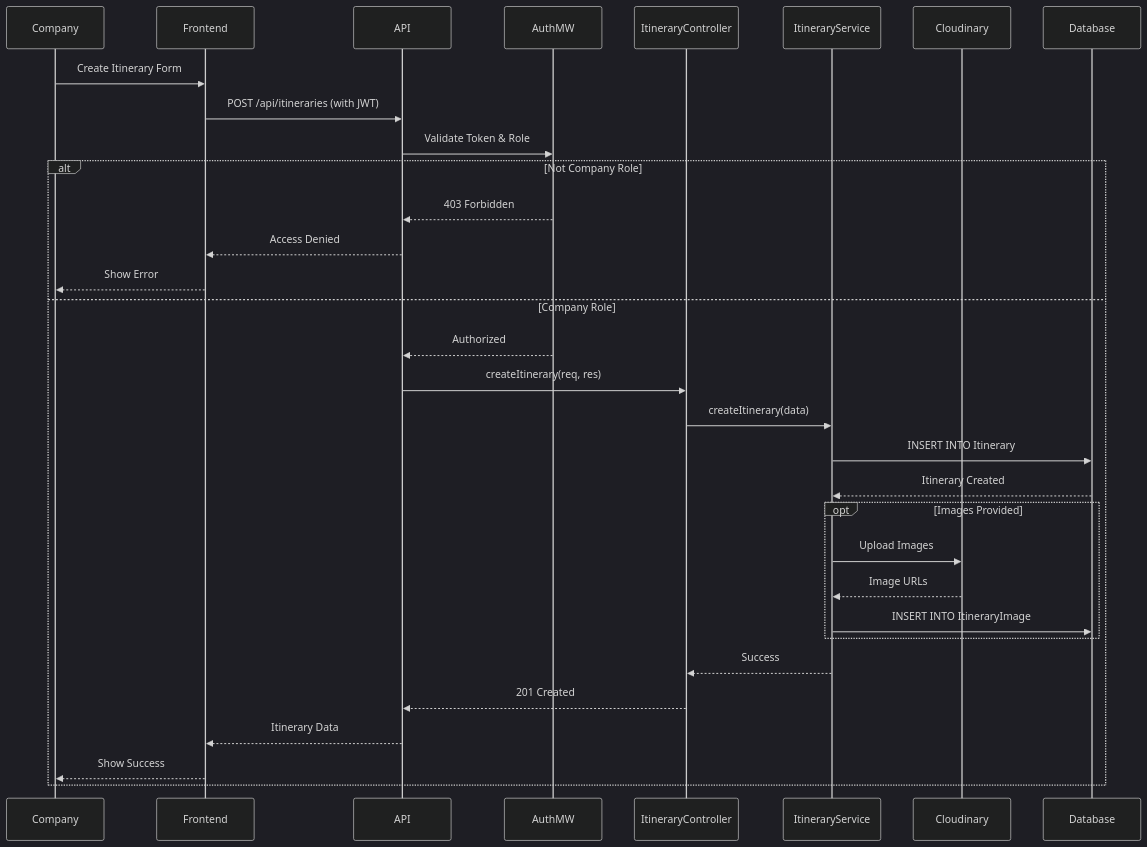
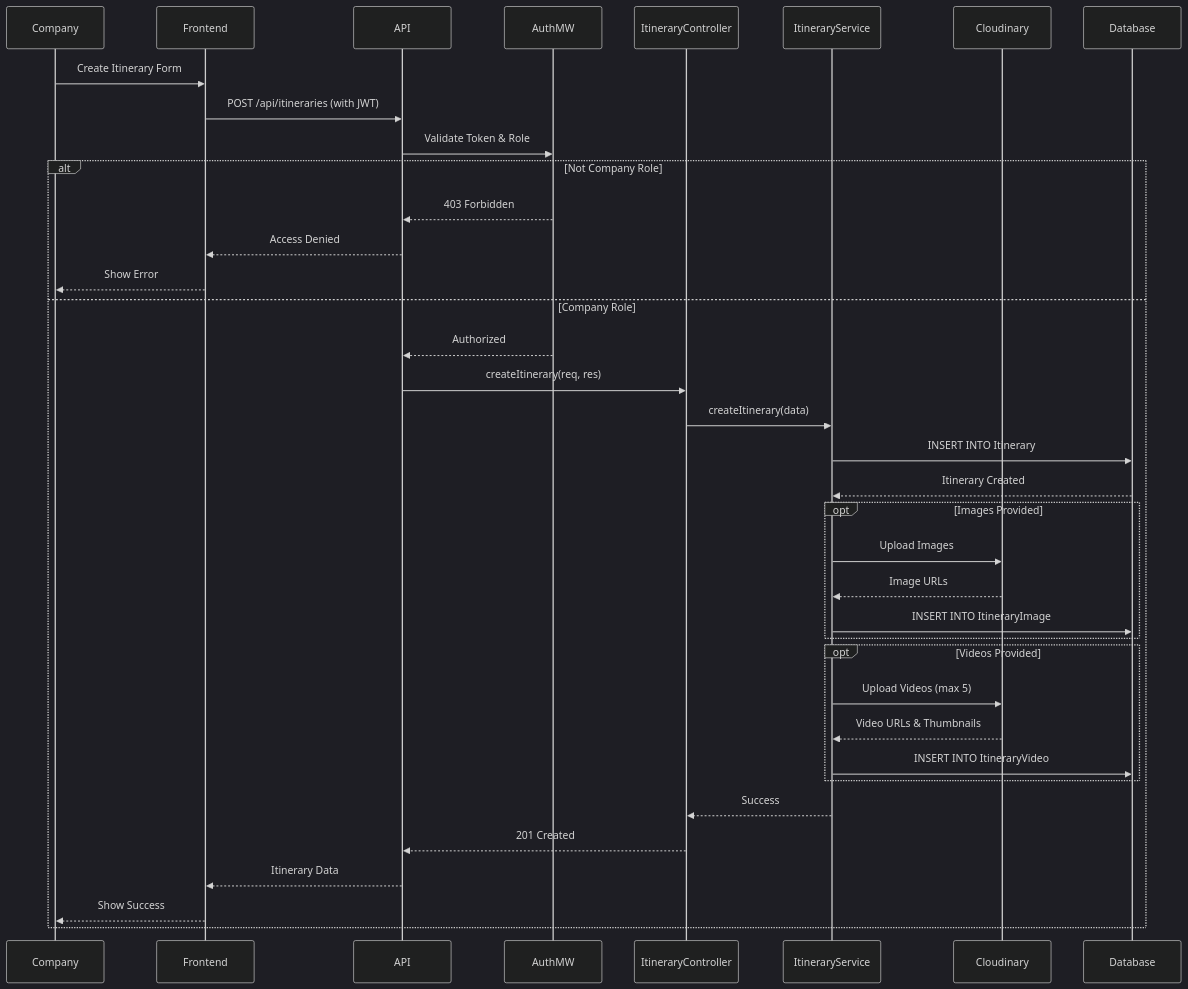
The third of 10 diagrams in docs/diagrams/proposed-model-diagram.md (RobertNiyonkuru98/TEMBERA-codebase), drawn with Mermaid (dark theme) before and after one commit. The commit also changed other lines of this file and 7 other files, not shown here.

Commit message:
Diagrams

````diff
--- a/docs/diagrams/proposed-model-diagram.md
+++ b/docs/diagrams/proposed-model-diagram.md
@@ -92,38 +92,44 @@
 ```mermaid
 sequenceDiagram
     participant Company
     participant Frontend
     participant API
     participant AuthMW
     participant ItineraryController
     participant ItineraryService
     participant Cloudinary
     participant Database
     
     Company->>Frontend: Create Itinerary Form
     Frontend->>API: POST /api/itineraries (with JWT)
     API->>AuthMW: Validate Token & Role
     
     alt Not Company Role
         AuthMW-->>API: 403 Forbidden
         API-->>Frontend: Access Denied
         Frontend-->>Company: Show Error
     else Company Role
         AuthMW-->>API: Authorized
         API->>ItineraryController: createItinerary(req, res)
         ItineraryController->>ItineraryService: createItinerary(data)
         ItineraryService->>Database: INSERT INTO Itinerary
         Database-->>ItineraryService: Itinerary Created
         
         opt Images Provided
             ItineraryService->>Cloudinary: Upload Images
             Cloudinary-->>ItineraryService: Image URLs
             ItineraryService->>Database: INSERT INTO ItineraryImage
         end
         
+        opt Videos Provided
+            ItineraryService->>Cloudinary: Upload Videos (max 5)
+            Cloudinary-->>ItineraryService: Video URLs & Thumbnails
+            ItineraryService->>Database: INSERT INTO ItineraryVideo
+        end
+        
         ItineraryService-->>ItineraryController: Success
         ItineraryController-->>API: 201 Created
         API-->>Frontend: Itinerary Data
         Frontend-->>Company: Show Success
     end
 ```
````
